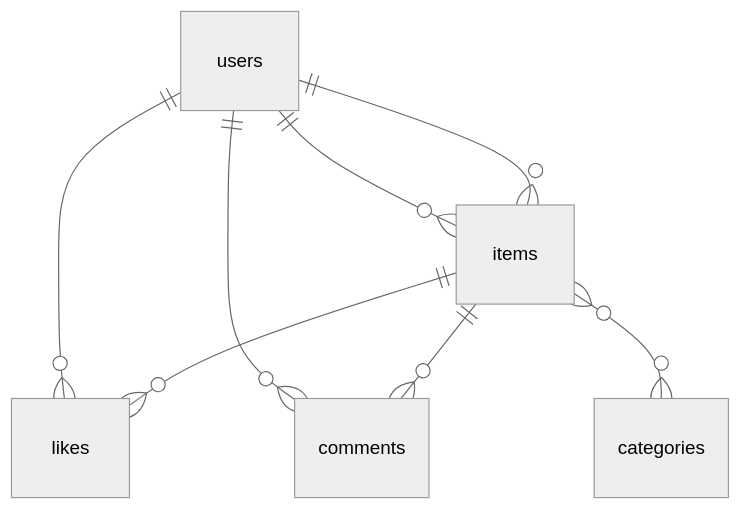
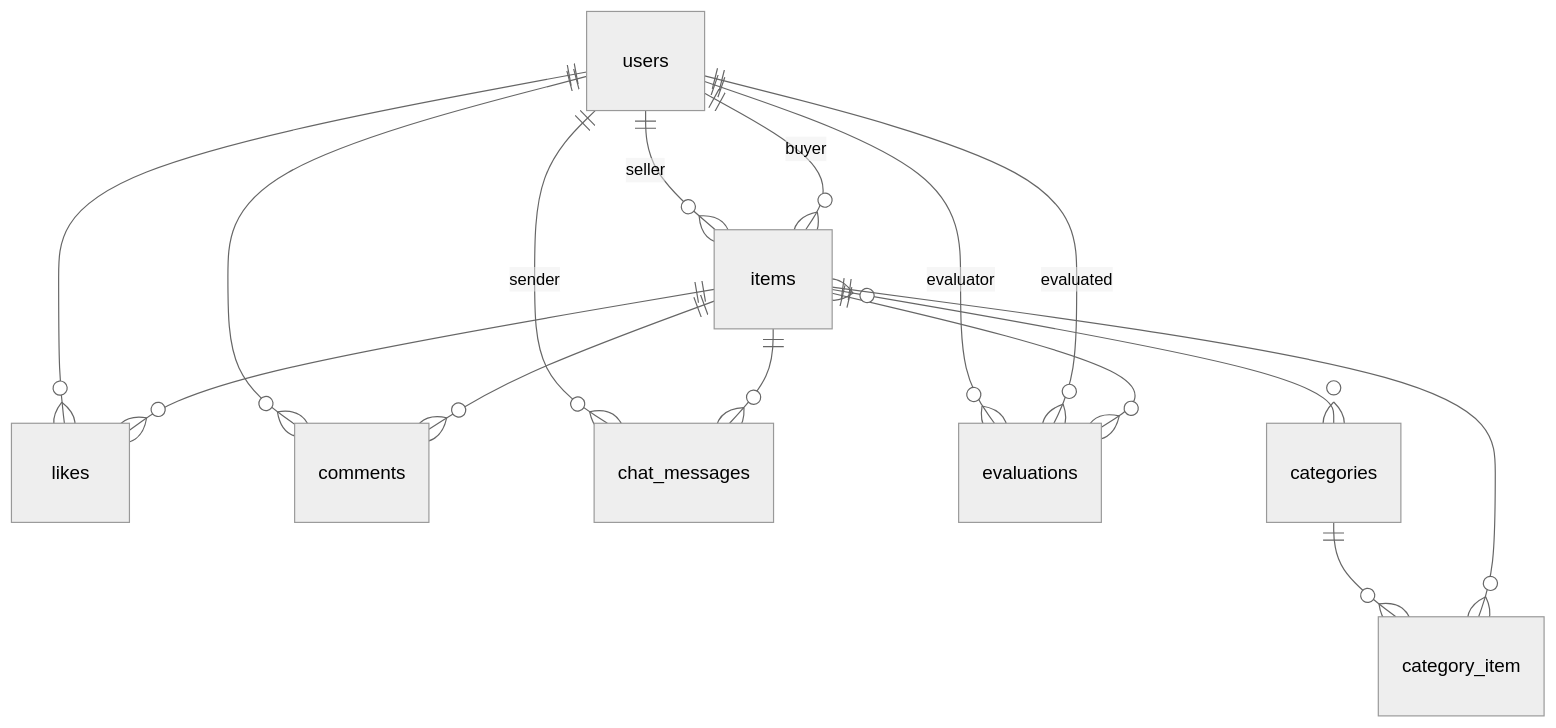
Before and after one commit to ezashi/flea-market: the diagram in README.md, drawn with Mermaid (neutral theme). The commit also changed other lines of this file and 5 other files, not shown here.

````diff
--- a/README.md
+++ b/README.md
@@ -39,10 +46,17 @@
 ```mermaid
 erDiagram
-    users ||--o{ items : ""
-    users ||--o{ items : ""
+    users ||--o{ items : "seller"
+    users ||--o{ items : "buyer"
     users ||--o{ likes : ""
     users ||--o{ comments : ""
+    users ||--o{ chat_messages : "sender"
+    users ||--o{ evaluations : "evaluator"
+    users ||--o{ evaluations : "evaluated"
     items ||--o{ likes : ""
     items ||--o{ comments : ""
+    items ||--o{ chat_messages : ""
+    items ||--o{ evaluations : ""
     items }o--o{ categories : ""
+    categories ||--o{ category_item : ""
+    items ||--o{ category_item : ""
 ```
````
